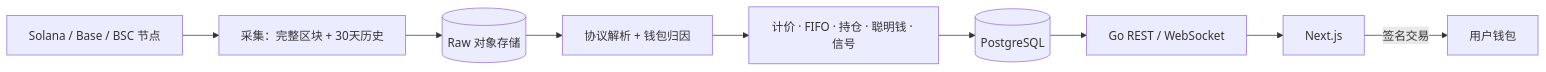
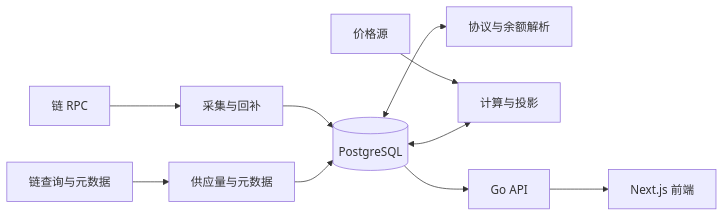
One commit to YYZ-coder/meme-radar-v0 changed the diagram in README.zh-CN.md. Above: the diagram before and after it, drawn with Mermaid. The commit also changed other lines of this file and 1208 other files, not shown here.

````diff
--- a/README.zh-CN.md
+++ b/README.zh-CN.md
@@ -44,11 +25,12 @@
 ```mermaid
 flowchart LR
-    NODE["Solana / Base / BSC 节点"] --> COL["采集：完整区块 + 30天历史"]
-    COL --> RAW[("Raw 对象存储")]
-    RAW --> PAR["协议解析 + 钱包归因"]
-    PAR --> CALC["计价 · FIFO · 持仓 · 聪明钱 · 信号"]
-    CALC --> DB[("PostgreSQL")]
-    DB --> API["Go REST / WebSocket"]
-    API --> WEB["Next.js"]
-    WEB -->|签名交易| W["用户钱包"]
+    RPC["链 RPC"] --> IN["采集与回补"]
+    IN --> DB[("PostgreSQL")]
+    DB <--> PARSE["协议与余额解析"]
+    PRICE["价格源"] --> COMPUTE["计算与投影"]
+    DB <--> COMPUTE
+    META["链查询与元数据"] --> ENRICH["供应量与元数据"]
+    ENRICH --> DB
+    DB --> API["Go API"]
+    API --> WEB["Next.js 前端"]
 ```
````
